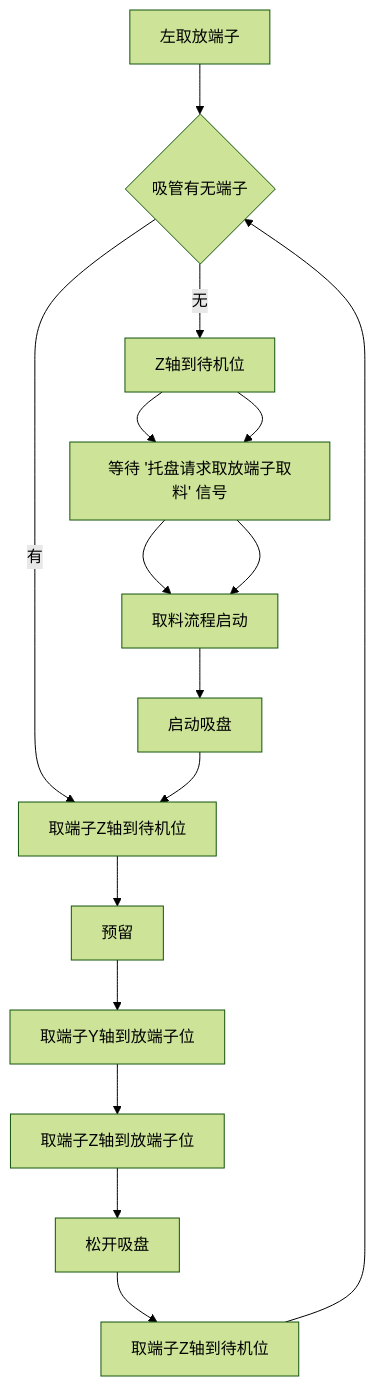
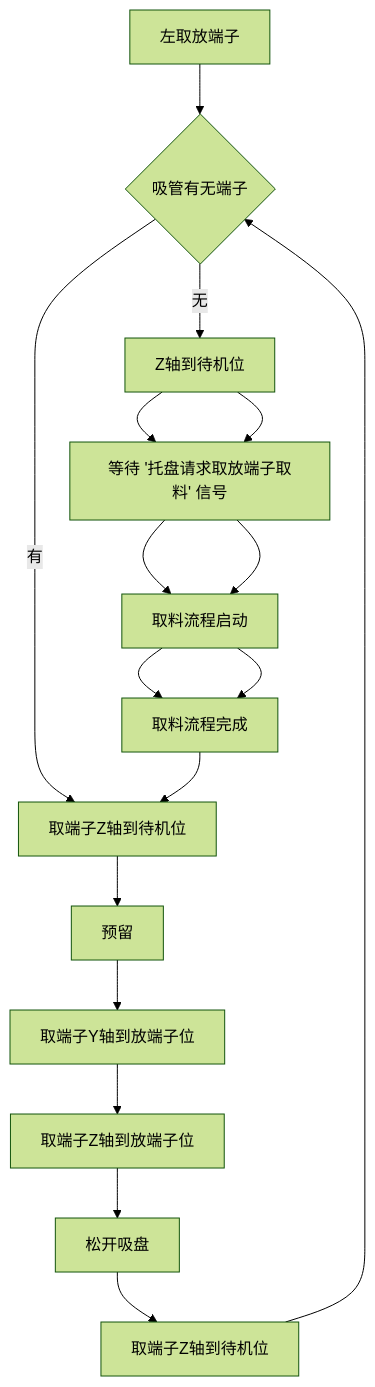
One commit to zmq000/iodraw-files changed the diagram in all/VR-OP90左取放端子.md. Above: the diagram before and after it, drawn with Mermaid (forest theme).

Commit message:
2026-06-18 11:29:21 update

````diff
--- a/all/VR-OP90左取放端子.md
+++ b/all/VR-OP90左取放端子.md
@@ -1,20 +1,21 @@
 ```mermaid
 graph TD
 0[左取放端子]-->10
 10{吸管有无端子}-->|有|60
 10-->|无|20
 20[取端子Y轴到取端子位]-->30
 30[托盘X轴到取端子位]-->40
 40[取端子Z轴到取端子位]-->50
 50[启动吸盘]-->60
 60[取端子Z轴到待机位]-->70
 70[预留]-->80
 80[取端子Y轴到放端子位]-->90
 90[取端子Z轴到放端子位]-->100
 100[松开吸盘]-->110
 110[取端子Z轴到待机位]-->10
 
 20[Z轴到待机位]-->30
 30[等待 '托盘请求取放端子取料' 信号] -->40
-40[取料流程启动]
+40[取料流程启动]-->50
+50[取料流程完成]
 ```
````
